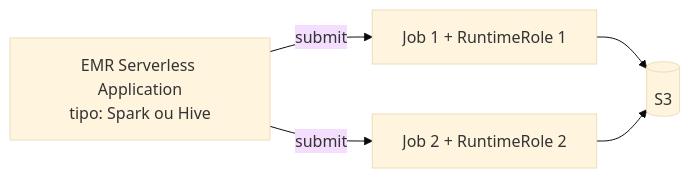
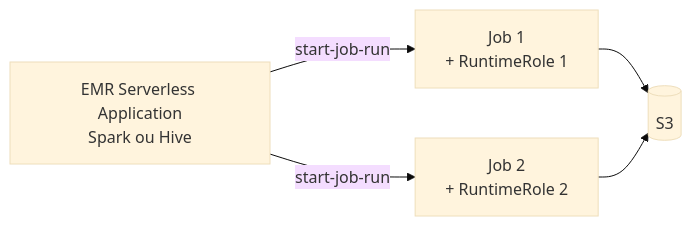
One commit to obernardocosta/big-data changed the diagram in disciplinas/pdn/slides/aula-01-emr-serverless.md. Above: the diagram before and after it, drawn with Mermaid (base theme). The commit also changed other lines of this file and 18 other files, not shown here.

````diff
--- a/disciplinas/pdn/slides/aula-01-emr-serverless.md
+++ b/disciplinas/pdn/slides/aula-01-emr-serverless.md
@@ -66,7 +97,7 @@
 ```mermaid {scale: 0.7}
 flowchart LR
-  A[EMR Serverless Application<br/>tipo: Spark ou Hive] -->|submit| J1[Job 1 + RuntimeRole 1]
-  A -->|submit| J2[Job 2 + RuntimeRole 2]
+  A[EMR Serverless Application<br/>Spark ou Hive] -->|start-job-run| J1[Job 1<br/>+ RuntimeRole 1]
+  A -->|start-job-run| J2[Job 2<br/>+ RuntimeRole 2]
   J1 --> S3[(S3)]
   J2 --> S3
 ```
````
